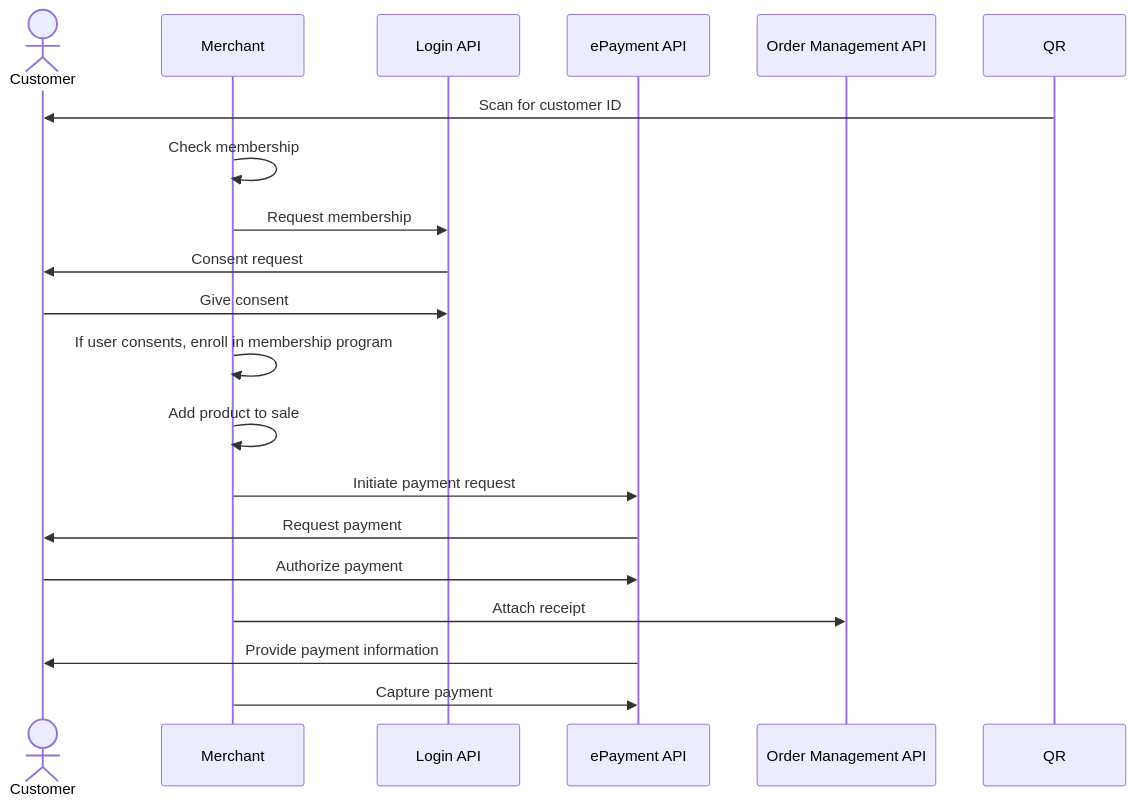
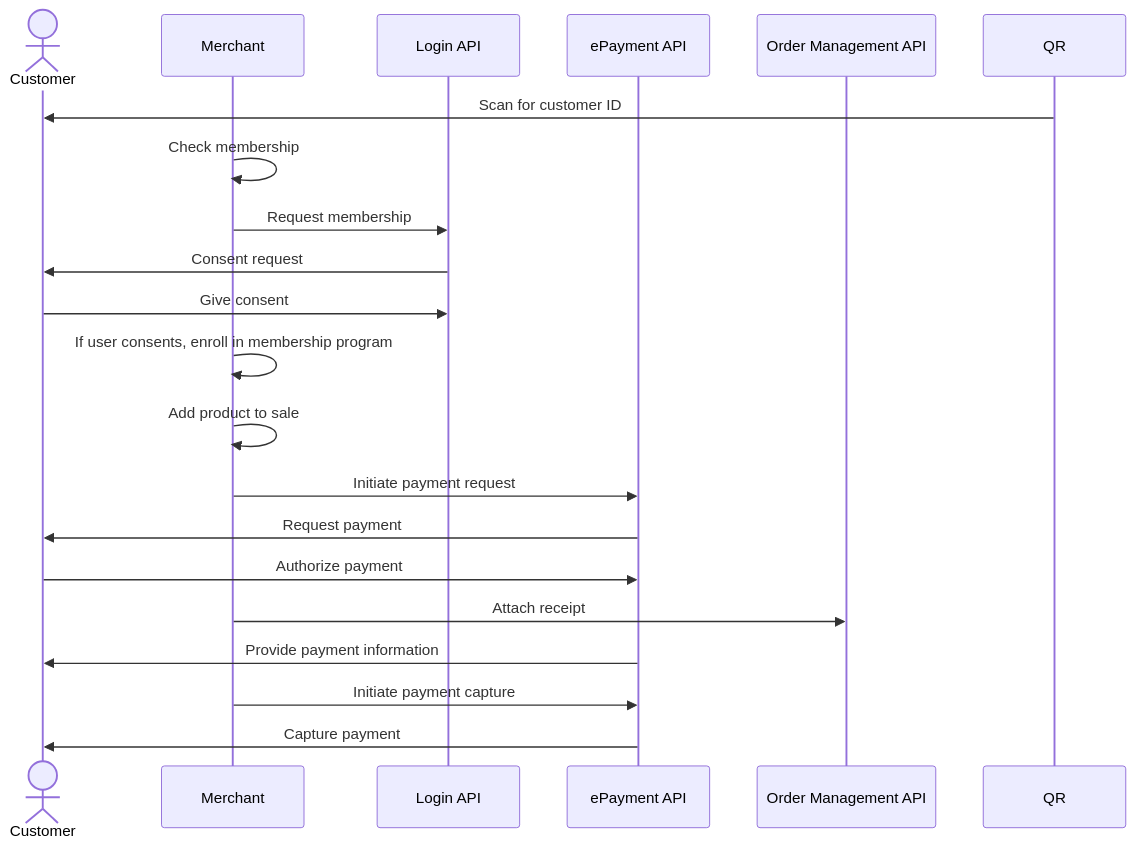
The diagram in loyalty-in-pos/README.md (vippsas/vipps-solutions), drawn with Mermaid before and after one commit. The commit also changed 13 other files, not shown here.

Commit message:
Sequence diagrams: Add line to initiate payment capture

````diff
--- a/loyalty-in-pos/README.md
+++ b/loyalty-in-pos/README.md
@@ -156,22 +156,23 @@
 ``` mermaid
 sequenceDiagram
     actor C as Customer
     participant M as Merchant
     participant login as Login API
     participant ePayment as ePayment API
     participant ordermanagement as Order Management API
 
     QR->>C: Scan for customer ID
     M->>M: Check membership
     M->>login: Request membership
     login->>C: Consent request
     C->>login: Give consent
     M->>M: If user consents, enroll in membership program
     M->>M: Add product to sale
     M->>ePayment: Initiate payment request
     ePayment->>C: Request payment
     C->>ePayment: Authorize payment
     M->> ordermanagement: Attach receipt
     ePayment->>C: Provide payment information
-    M->>ePayment: Capture payment
+    M->>ePayment: Initiate payment capture
+    ePayment->>C: Capture payment
 ```
````
